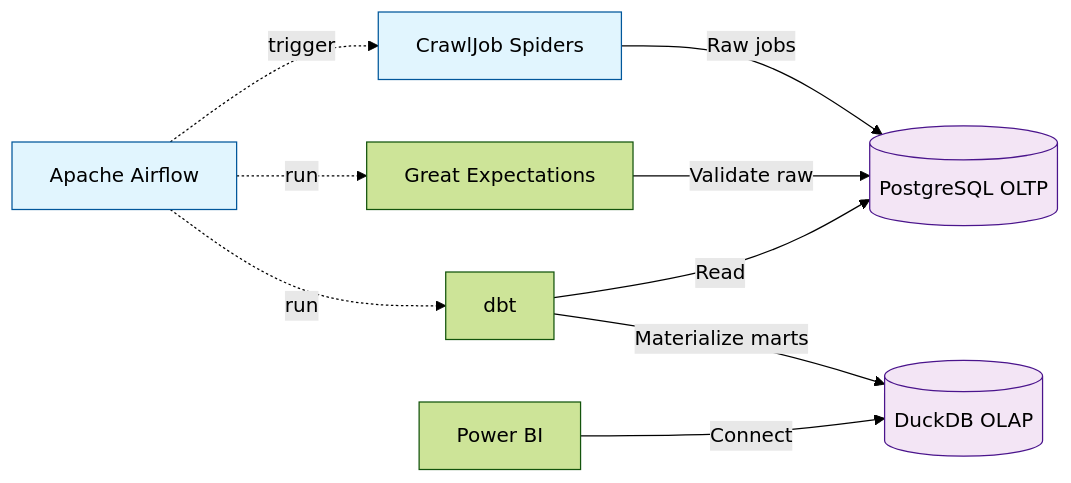
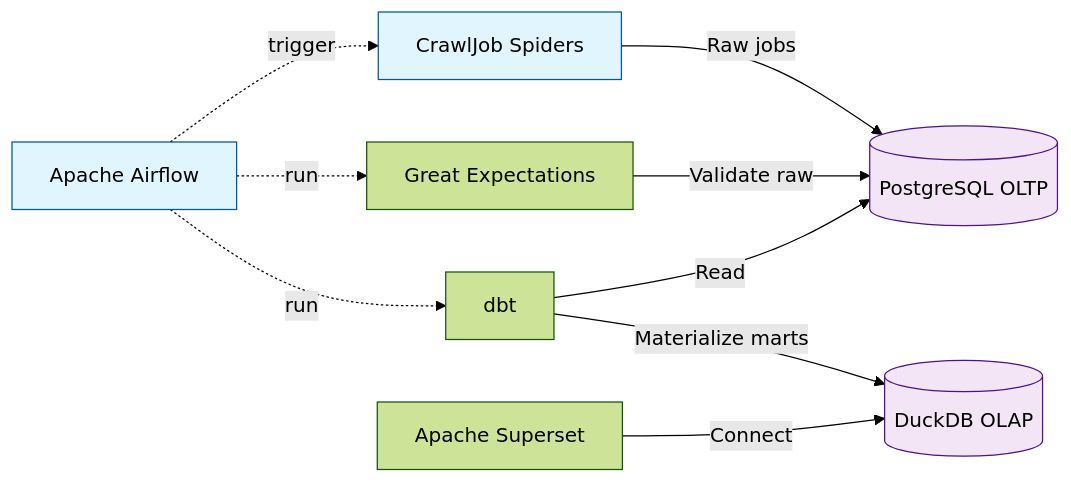
One commit to thethien8a/Crawl-Jobs changed the second of 7 diagrams in plan/DATA_ENGINEERING_STACK_PLAN.md. Above: the diagram before and after it, drawn with Mermaid (forest theme). The commit also changed other lines of this file, not shown here.

````diff
--- a/plan/DATA_ENGINEERING_STACK_PLAN.md
+++ b/plan/DATA_ENGINEERING_STACK_PLAN.md
@@ -140,16 +139,16 @@
 ```mermaid
 flowchart LR
     Airflow[Apache Airflow] -. trigger .-> Spiders[CrawlJob Spiders]
     Spiders -->|Raw jobs| Postgres[(PostgreSQL OLTP)]
     Airflow -. run .-> GE[Great Expectations]
     GE -->|Validate raw| Postgres
     Airflow -. run .-> dbt[dbt]
     dbt -->|Read| Postgres
     dbt -->|Materialize marts| DuckDB[(DuckDB OLAP)]
-    PowerBI[Power BI] -->|Connect| DuckDB
+    Superset[Apache Superset] -->|Connect| DuckDB
 
     classDef c1 fill:#e1f5fe,stroke:#01579b,stroke-width:1px
     classDef c2 fill:#f3e5f5,stroke:#4a148c,stroke-width:1px
     class Airflow,Spiders c1
     class Postgres,DuckDB c2
 ```
````
